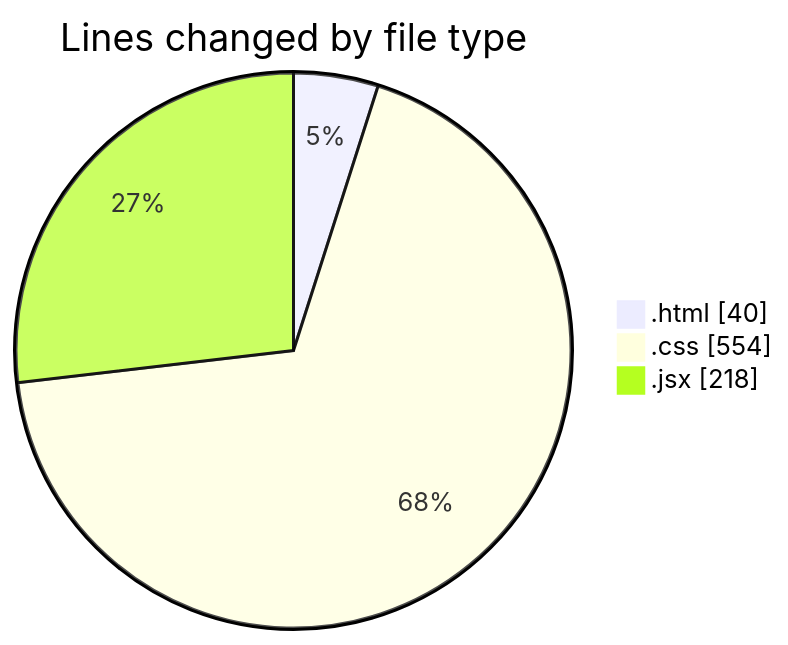
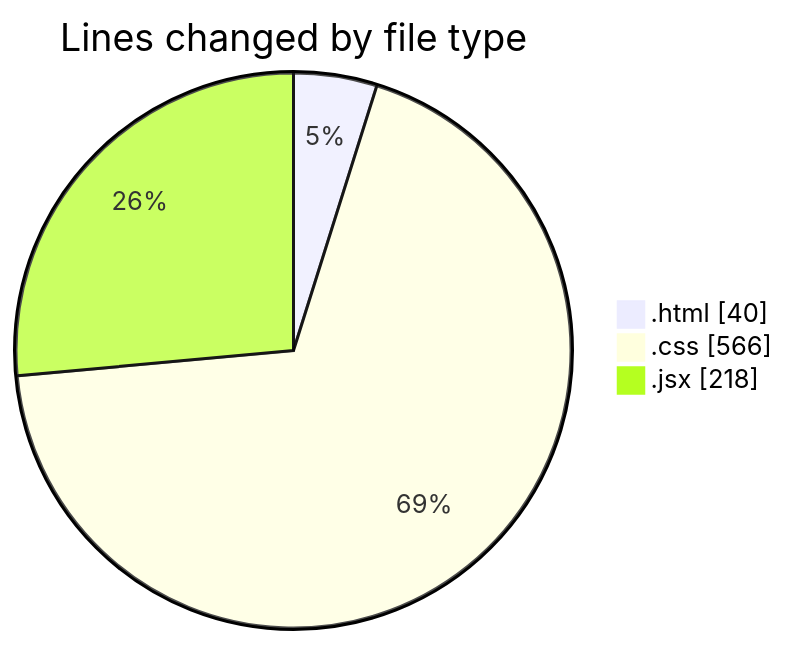
Before and after one commit to Ritupan-Deka/code-tracking: the first of 2 diagrams in 2025-05-26/projects/README.md, drawn with Mermaid. The commit also changed other lines of this file and 1 other file, not shown here.

````diff
--- a/2025-05-26/projects/README.md
+++ b/2025-05-26/projects/README.md
@@ -23,7 +23,7 @@
 ```mermaid
 pie showData
 title Lines changed by file type
 ".html" : 40
-".css" : 554
+".css" : 566
 ".jsx" : 218
 ```
````
